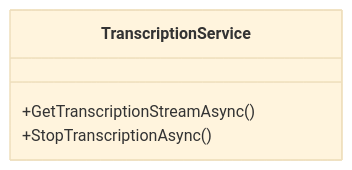
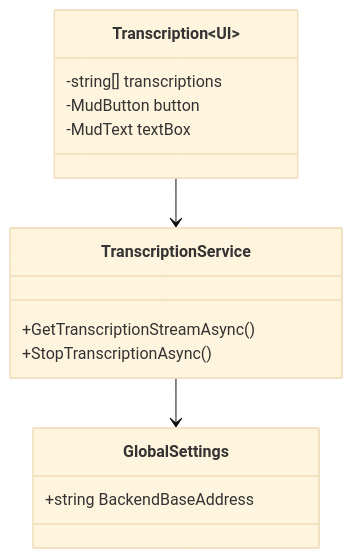
The second of 2 diagrams in software/frontend/README.md (mohdfareed/MSD_P18538), drawn with Mermaid (base theme) before and after one commit. The commit also changed other lines of this file, not shown here.

````diff
--- a/software/frontend/README.md
+++ b/software/frontend/README.md
@@ -36,10 +36,21 @@
 ```mermaid
 classDiagram
 
 class TranscriptionService {
     +GetTranscriptionStreamAsync()
     +StopTranscriptionAsync()
 }
 
+class Transcription~UI~ {
+    -string[] transcriptions
+    -MudButton button
+    -MudText textBox
+}
 
+class GlobalSettings {
+    +string BackendBaseAddress
+}
+
+Transcription~UI~ --> TranscriptionService
+TranscriptionService --> GlobalSettings
 ```
````
